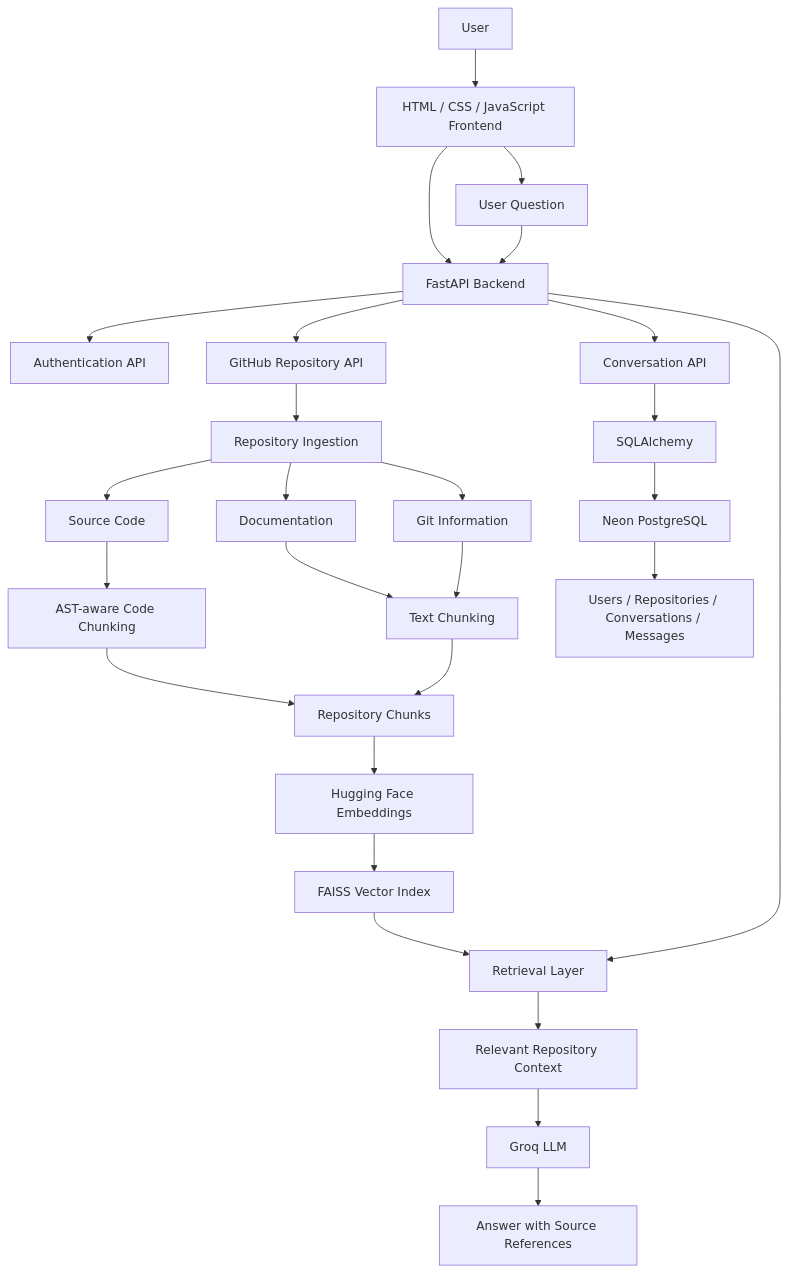
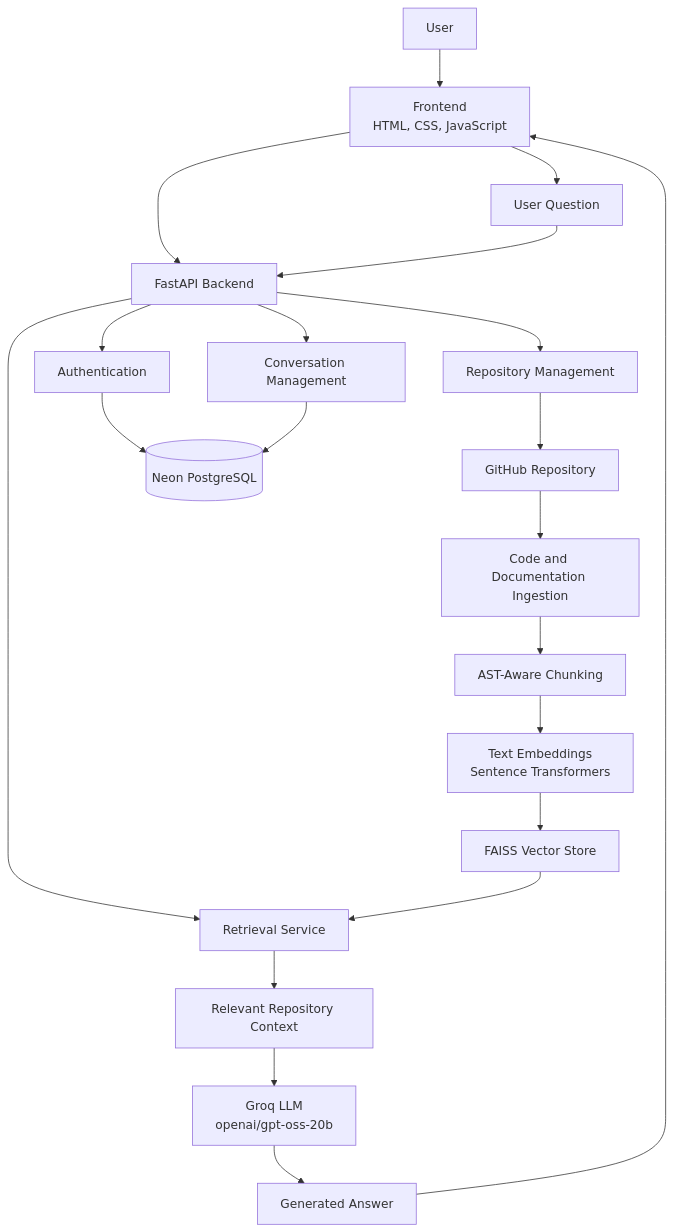
One commit to prachishr/codebase-qa-assistant changed the diagram in README.md. Above: the diagram before and after it, drawn with Mermaid. The commit also changed other lines of this file, not shown here.

````diff
--- a/README.md
+++ b/README.md
@@ -56,35 +49,27 @@
 ```mermaid
 flowchart TD
-    A[User] --> B[HTML / CSS / JavaScript Frontend]
+    A[User] --> B[Frontend<br/>HTML, CSS, JavaScript]
     B --> C[FastAPI Backend]
 
-    C --> D[Authentication API]
-    C --> E[GitHub Repository API]
-    C --> F[Conversation API]
+    C --> D[Authentication]
+    C --> E[Repository Management]
+    C --> F[Conversation Management]
 
-    E --> G[Repository Ingestion]
-    G --> H[Source Code]
-    G --> I[Documentation]
-    G --> J[Git Information]
+    E --> G[GitHub Repository]
+    G --> H[Code and Documentation Ingestion]
+    H --> I[AST-Aware Chunking]
+    I --> J[Text Embeddings<br/>Sentence Transformers]
+    J --> K[FAISS Vector Store]
 
-    H --> K[AST-aware Code Chunking]
-    I --> L[Text Chunking]
-    J --> L
-    K --> M[Repository Chunks]
-    L --> M
+    B --> L[User Question]
+    L --> C
+    C --> M[Retrieval Service]
+    K --> M
+    M --> N[Relevant Repository Context]
+    N --> O[Groq LLM<br/>openai/gpt-oss-20b]
+    O --> P[Generated Answer]
+    P --> B
 
-    M --> N[Hugging Face Embeddings]
-    N --> O[FAISS Vector Index]
-
-    B --> P[User Question]
-    P --> C
-    C --> Q[Retrieval Layer]
-    O --> Q
-    Q --> R[Relevant Repository Context]
-    R --> S[Groq LLM]
-    S --> T[Answer with Source References]
-
-    F --> U[SQLAlchemy]
-    U --> V[Neon PostgreSQL]
-    V --> W[Users / Repositories / Conversations / Messages]
+    D --> Q[(Neon PostgreSQL)]
+    F --> Q
 ```
````
